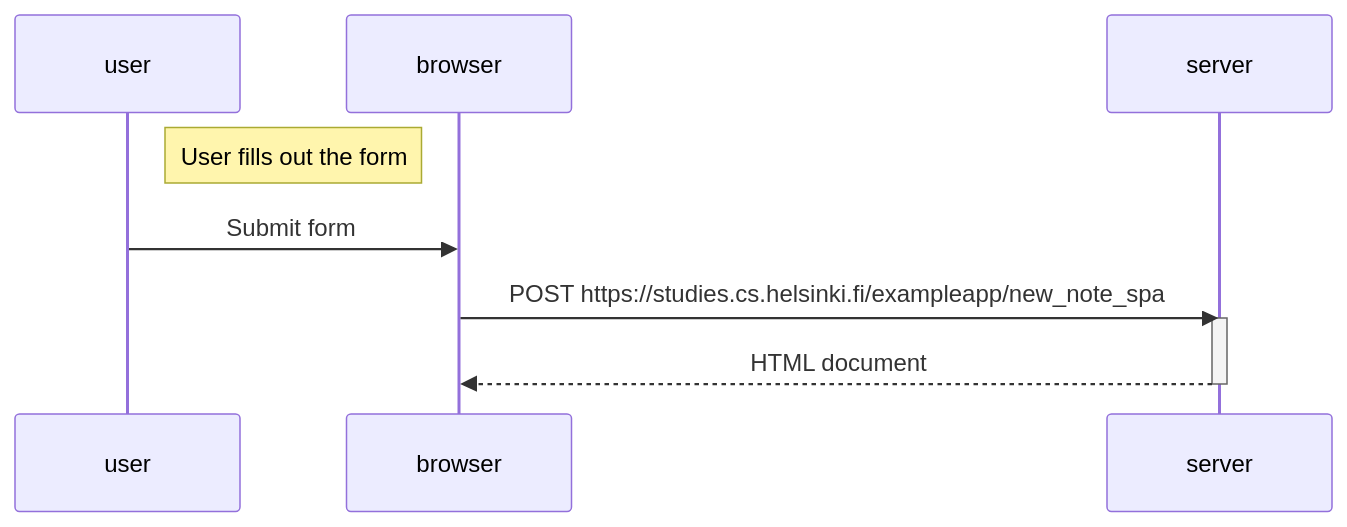
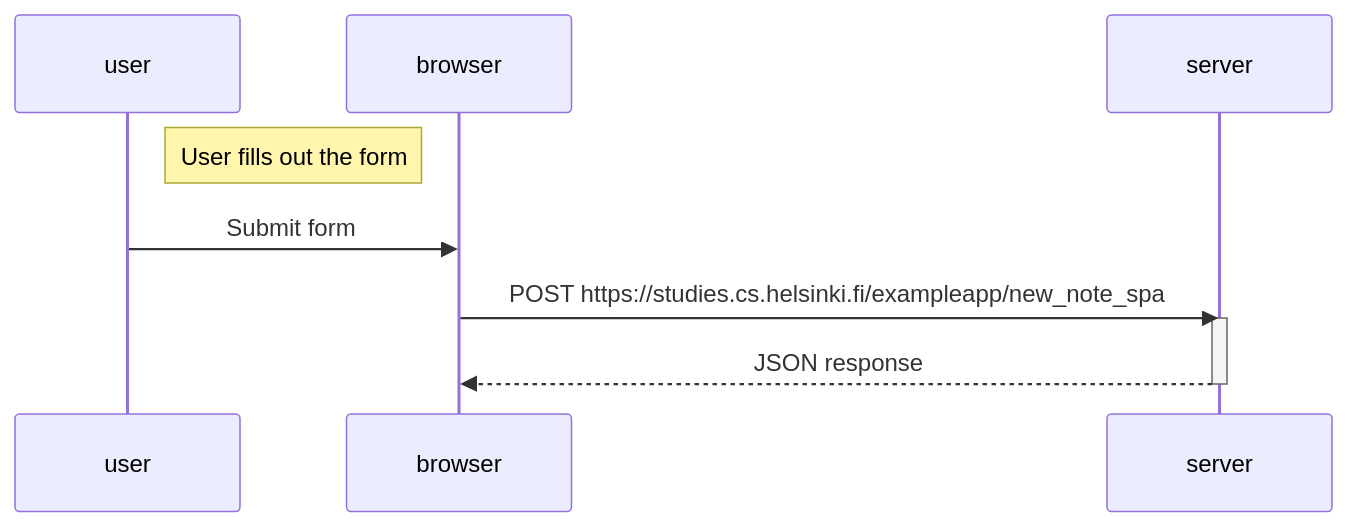
One commit to stefanopalu/UoH_FScourse changed the diagram in part0/ex6.md. Above: the diagram before and after it, drawn with Mermaid.

````diff
--- a/part0/ex6.md
+++ b/part0/ex6.md
@@ -1,14 +1,14 @@
 ```mermaid
   sequenceDiagram
     participant user
     participant browser
     participant server
 
     Note right of user: User fills out the form
     user->>browser : Submit form
 
     browser->>server: POST https://studies.cs.helsinki.fi/exampleapp/new_note_spa
     activate server
-    server-->>browser: HTML document
+    server-->>browser: JSON response
     deactivate server
 ```
````
